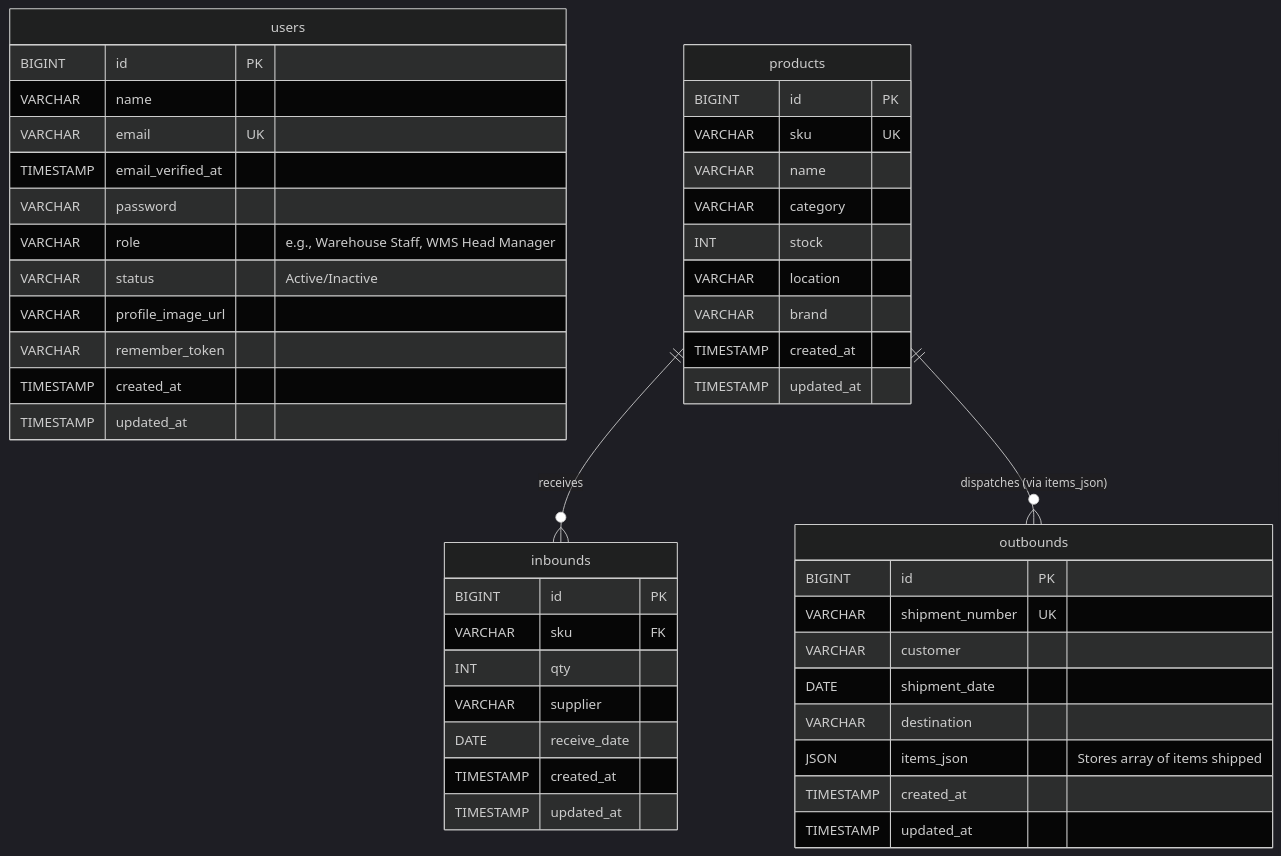
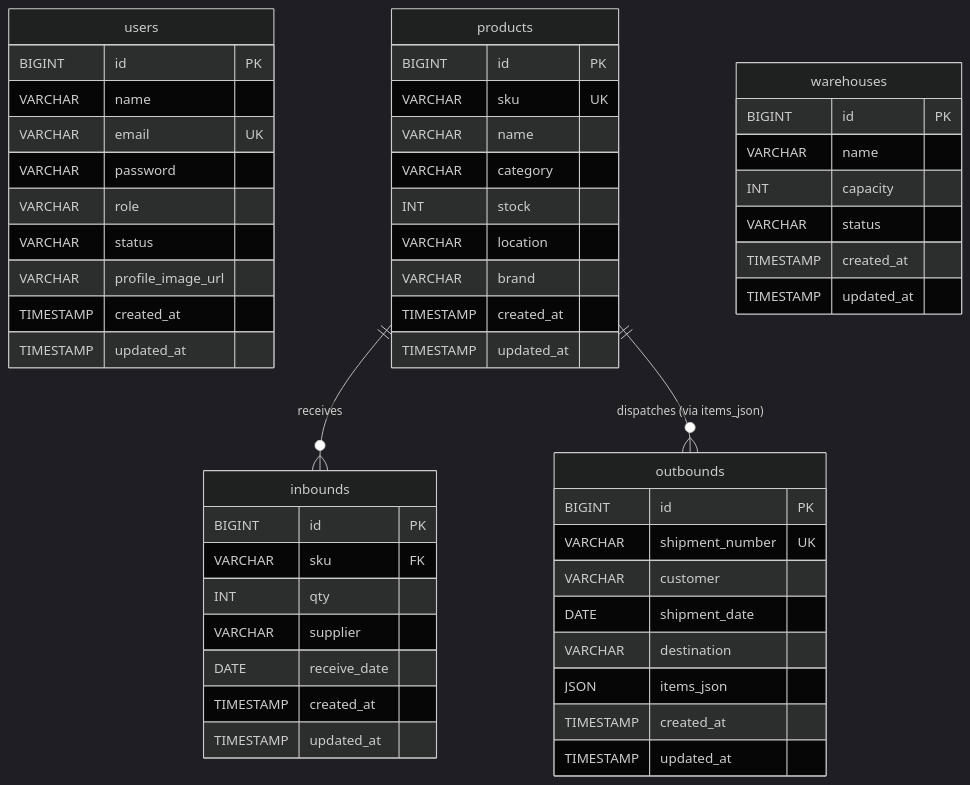
The third of 4 diagrams in README.md (makhc1/Manajemen-Logistik), drawn with Mermaid (dark theme) before and after one commit. The commit also changed other lines of this file, not shown here.

Commit message:
docs: Update README with System Diagrams

````diff
--- a/README.md
+++ b/README.md
@@ -33,52 +80,59 @@
 ```mermaid
 erDiagram
     users {
         BIGINT id PK
         VARCHAR name
         VARCHAR email UK
-        TIMESTAMP email_verified_at
         VARCHAR password
-        VARCHAR role "e.g., Warehouse Staff, WMS Head Manager"
-        VARCHAR status "Active/Inactive"
+        VARCHAR role
+        VARCHAR status
         VARCHAR profile_image_url
-        VARCHAR remember_token
         TIMESTAMP created_at
         TIMESTAMP updated_at
     }
 
     products {
         BIGINT id PK
         VARCHAR sku UK
         VARCHAR name
         VARCHAR category
         INT stock
         VARCHAR location
         VARCHAR brand
         TIMESTAMP created_at
         TIMESTAMP updated_at
     }
 
     inbounds {
         BIGINT id PK
         VARCHAR sku FK
         INT qty
         VARCHAR supplier
         DATE receive_date
         TIMESTAMP created_at
         TIMESTAMP updated_at
     }
 
     outbounds {
         BIGINT id PK
         VARCHAR shipment_number UK
         VARCHAR customer
         DATE shipment_date
         VARCHAR destination
-        JSON items_json "Stores array of items shipped"
+        JSON items_json
+        TIMESTAMP created_at
+        TIMESTAMP updated_at
+    }
+    
+    warehouses {
+        BIGINT id PK
+        VARCHAR name
+        INT capacity
+        VARCHAR status
         TIMESTAMP created_at
         TIMESTAMP updated_at
     }
 
     products ||--o{ inbounds : "receives"
     products ||--o{ outbounds : "dispatches (via items_json)"
 ```
````
